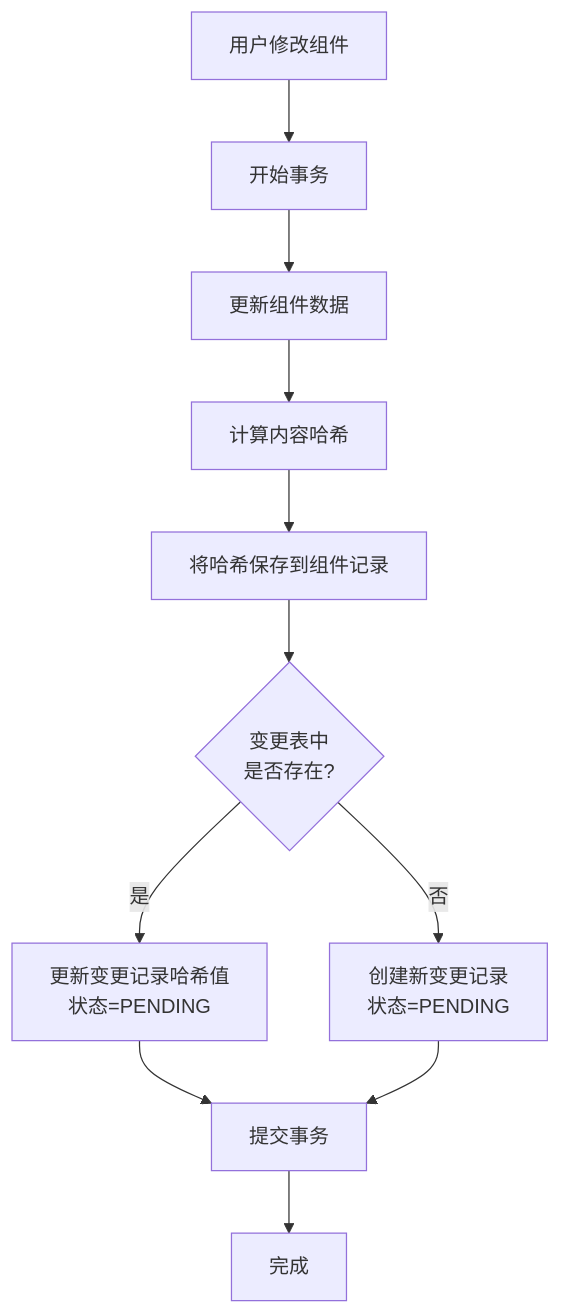
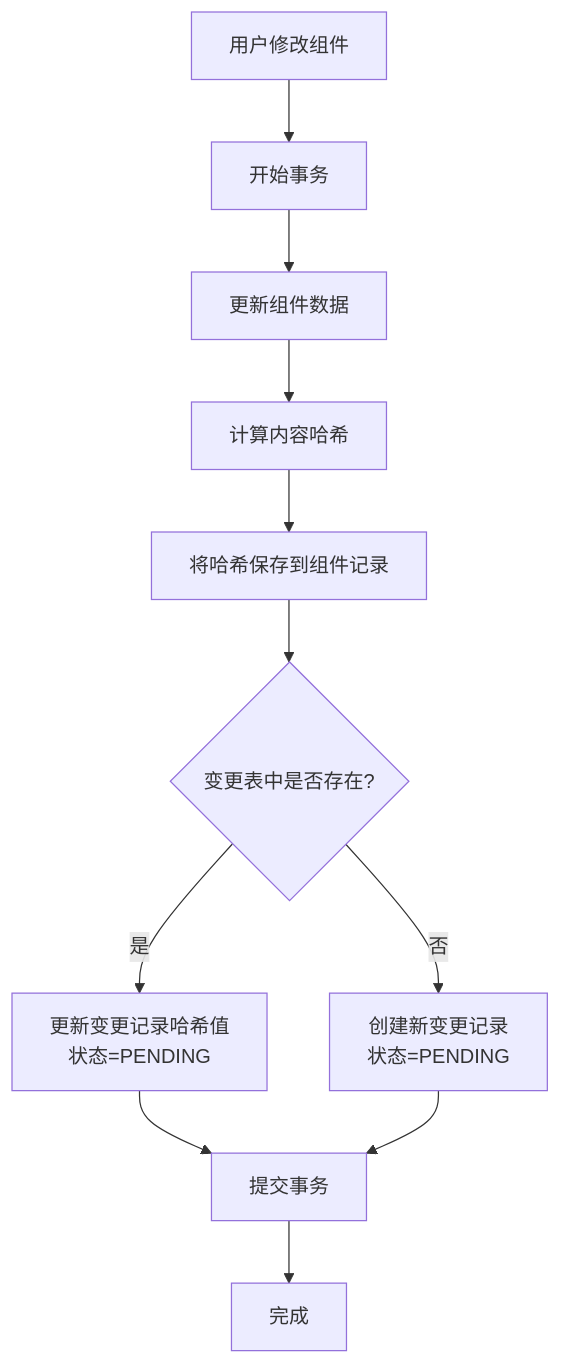
Before and after one commit to yingjianzh/iodraw-files: the diagram in all/未命名-42.md, drawn with Mermaid.

Commit message:
2025-04-24 14:43:28 update

````diff
--- a/all/未命名-42.md
+++ b/all/未命名-42.md
@@ -1,15 +1,15 @@
 ```mermaid
 flowchart TD
     Start[用户修改组件] --> StartTransaction[开始事务]
     StartTransaction --> UpdateComponent[更新组件数据]
     UpdateComponent --> CalcHash[计算内容哈希]
     CalcHash --> SaveHash[将哈希保存到组件记录]
-    SaveHash --> CheckExists{变更表中\n是否存在?}
+    SaveHash --> CheckExists{变更表中是否存在?}
     
     CheckExists -- 是 --> UpdateChange[更新变更记录哈希值\n状态=PENDING]
     CheckExists -- 否 --> CreateChange[创建新变更记录\n状态=PENDING]
     
     UpdateChange --> CommitTransaction[提交事务]
     CreateChange --> CommitTransaction
     CommitTransaction --> End[完成]
 ```
````
